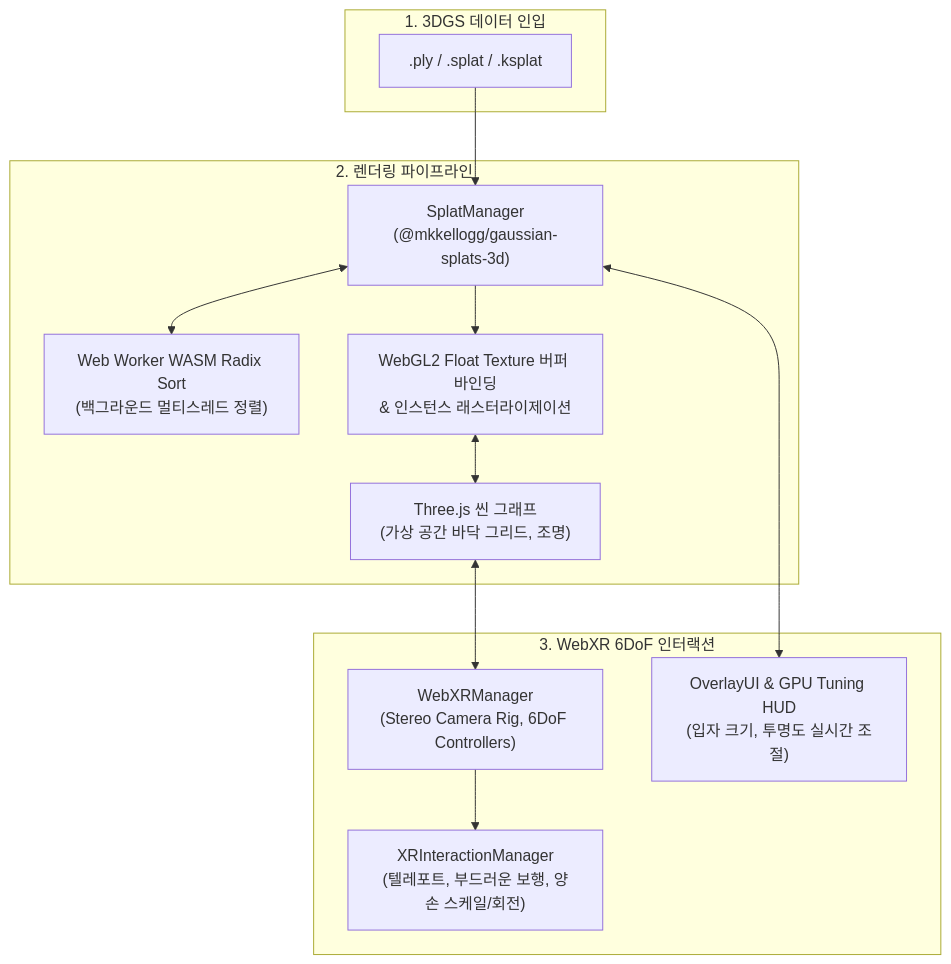
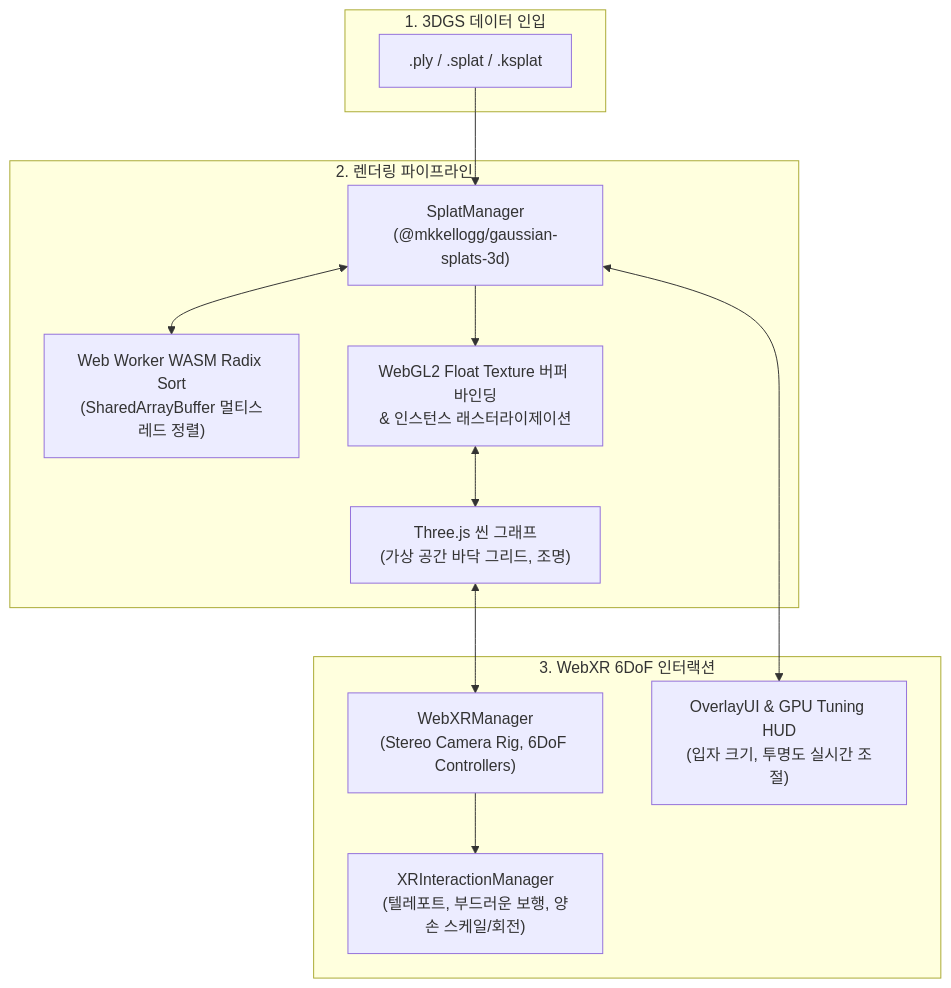
The diagram in README.md (kimhohyeon0324/WebXR-3DGS-Viewer), drawn with Mermaid before and after one commit. The commit also changed other lines of this file, not shown here.

````diff
--- a/README.md
+++ b/README.md
@@ -45,27 +45,27 @@
 ```mermaid
 flowchart TB
     subgraph Data["1. 3DGS 데이터 인입"]
         PLY[".ply / .splat / .ksplat"]
     end
 
     subgraph Core["2. 렌더링 파이프라인"]
         SM["SplatManager\n(@mkkellogg/gaussian-splats-3d)"]
-        WASM["Web Worker WASM Radix Sort\n(백그라운드 멀티스레드 정렬)"]
+        WASM["Web Worker WASM Radix Sort\n(SharedArrayBuffer 멀티스레드 정렬)"]
         GPU["WebGL2 Float Texture 버퍼 바인딩\n& 인스턴스 래스터라이제이션"]
         TScene["Three.js 씬 그래프\n(가상 공간 바닥 그리드, 조명)"]
     end
 
     subgraph Interaction["3. WebXR 6DoF 인터랙션"]
         WXR["WebXRManager\n(Stereo Camera Rig, 6DoF Controllers)"]
         XRIM["XRInteractionManager\n(텔레포트, 부드러운 보행, 양손 스케일/회전)"]
         UI["OverlayUI & GPU Tuning HUD\n(입자 크기, 투명도 실시간 조절)"]
     end
 
     PLY --> SM
     SM <--> WASM
     SM --> GPU
     GPU <--> TScene
     TScene <--> WXR
     WXR --> XRIM
     SM <--> UI
 ```
````
